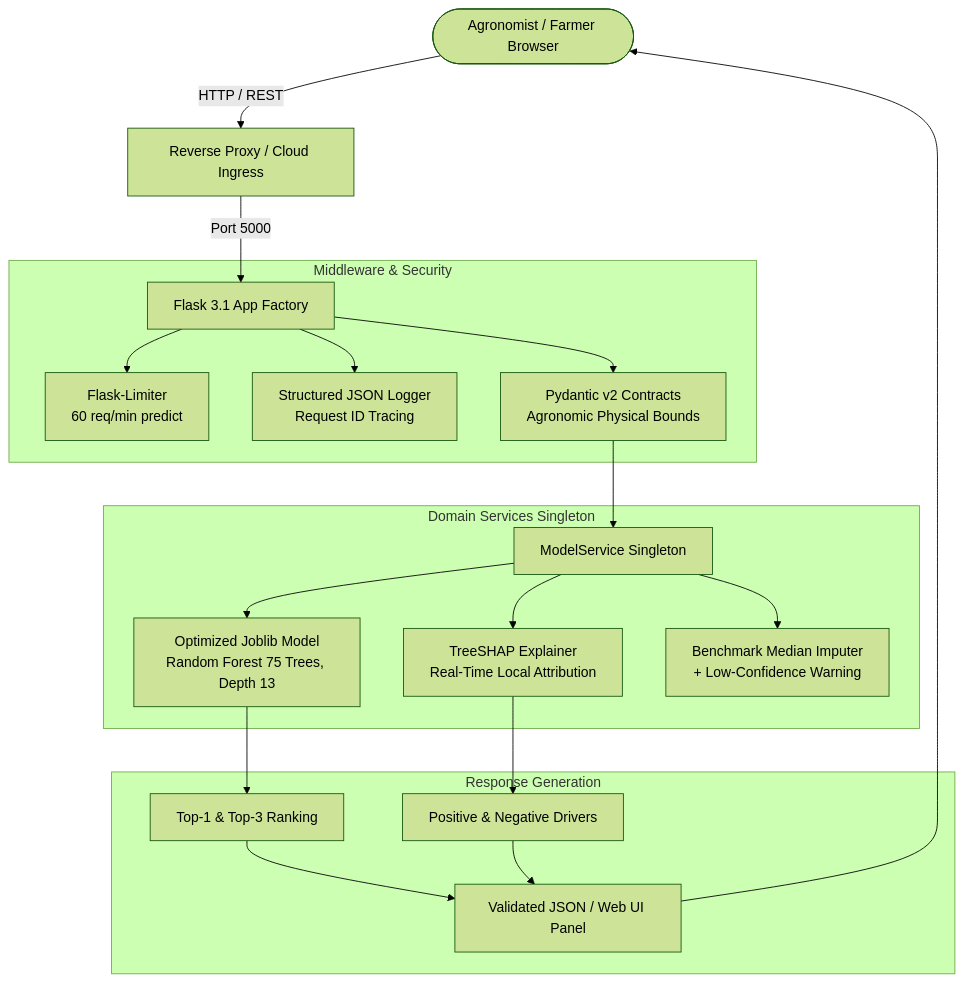
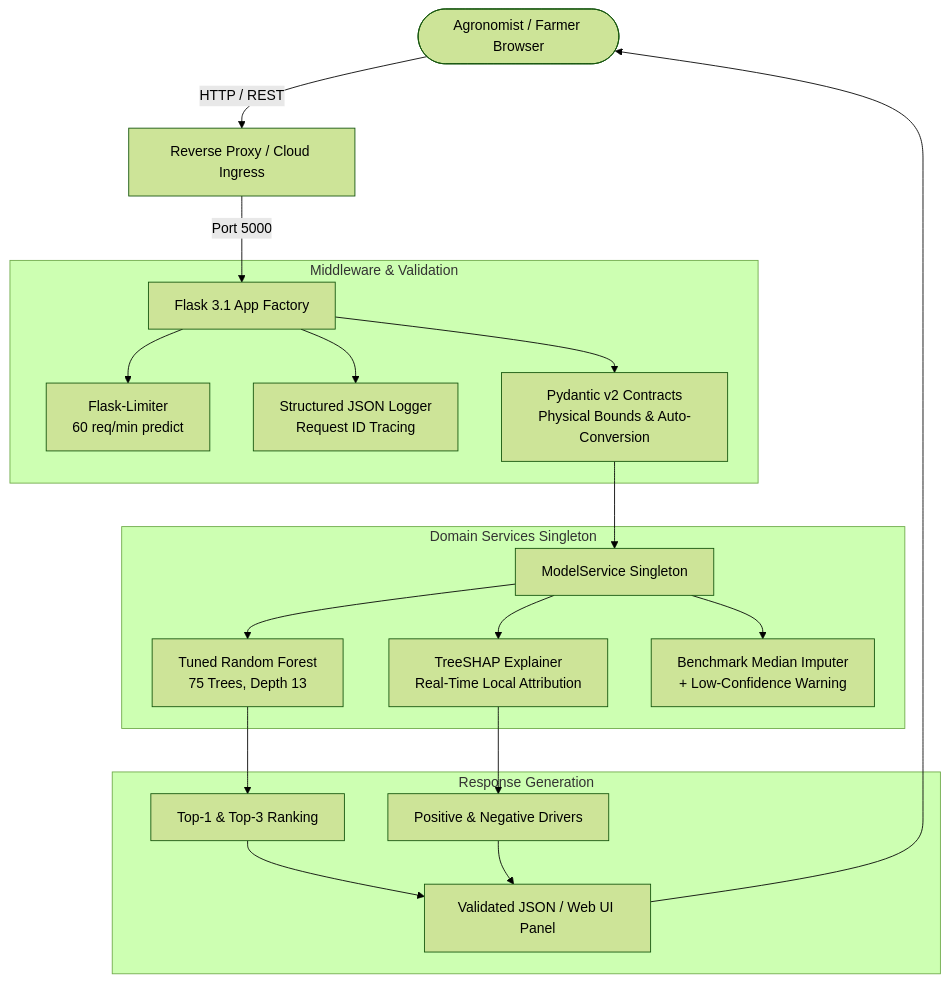
One commit to lazycoder52/fertilizer changed the diagram in README.md. Above: the diagram before and after it, drawn with Mermaid (forest theme). The commit also changed other lines of this file and 11 other files, not shown here.

````diff
--- a/README.md
+++ b/README.md
@@ -22,27 +42,27 @@
 ```mermaid
 graph TD
     User([Agronomist / Farmer Browser]) -->|HTTP / REST| Ingress[Reverse Proxy / Cloud Ingress]
     Ingress -->|Port 5000| Flask[Flask 3.1 App Factory]
     
-    subgraph Middleware & Security
+    subgraph Middleware & Validation
         Flask --> Limiter[Flask-Limiter\n60 req/min predict]
         Flask --> Logger[Structured JSON Logger\nRequest ID Tracing]
-        Flask --> Pydantic[Pydantic v2 Contracts\nAgronomic Physical Bounds]
+        Flask --> Pydantic[Pydantic v2 Contracts\nPhysical Bounds & Auto-Conversion]
     end
     
     subgraph Domain Services Singleton
         Pydantic --> ModelService[ModelService Singleton]
-        ModelService --> Joblib[Optimized Joblib Model\nRandom Forest 75 Trees, Depth 13]
+        ModelService --> Joblib[Tuned Random Forest\n75 Trees, Depth 13]
         ModelService --> TreeSHAP[TreeSHAP Explainer\nReal-Time Local Attribution]
         ModelService --> Imputer[Benchmark Median Imputer\n+ Low-Confidence Warning]
     end
     
     subgraph Response Generation
         Joblib --> RecOutput[Top-1 & Top-3 Ranking]
         TreeSHAP --> Drivers[Positive & Negative Drivers]
         RecOutput --> JSONResponse[Validated JSON / Web UI Panel]
         Drivers --> JSONResponse
     end
     
     JSONResponse --> User
 ```
````
